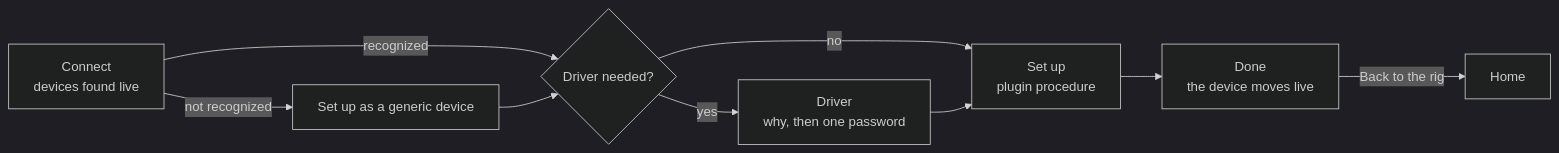
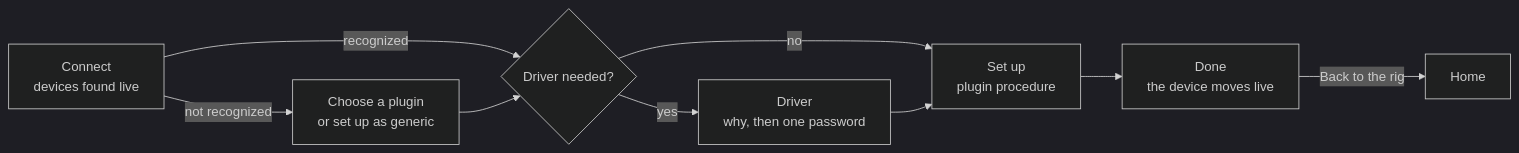
One commit to Adiakys/SimRig changed the third of 4 diagrams in docs/design/flows.md. Above: the diagram before and after it, drawn with Mermaid (dark theme). The commit also changed other lines of this file and 37 other files, not shown here.

Commit message:
Any USB device can be given to any plugin, which takes it or says why not; PXN VD4, and unlisted PXN, Simagic and standard force feedback bases when chosen (#2)

````diff
--- a/docs/design/flows.md
+++ b/docs/design/flows.md
@@ -68,11 +68,11 @@
 ```mermaid
 flowchart LR
   C[Connect<br/>devices found live] -->|recognized| N{Driver needed?}
-  C -->|not recognized| G[Set up as a generic device]
+  C -->|not recognized| G[Choose a plugin<br/>or set up as generic]
   G --> N
   N -->|no| S
   N -->|yes| D[Driver<br/>why, then one password]
   D --> S[Set up<br/>plugin procedure]
   S --> F[Done<br/>the device moves live]
   F -->|Back to the rig| H[Home]
 ```
````
